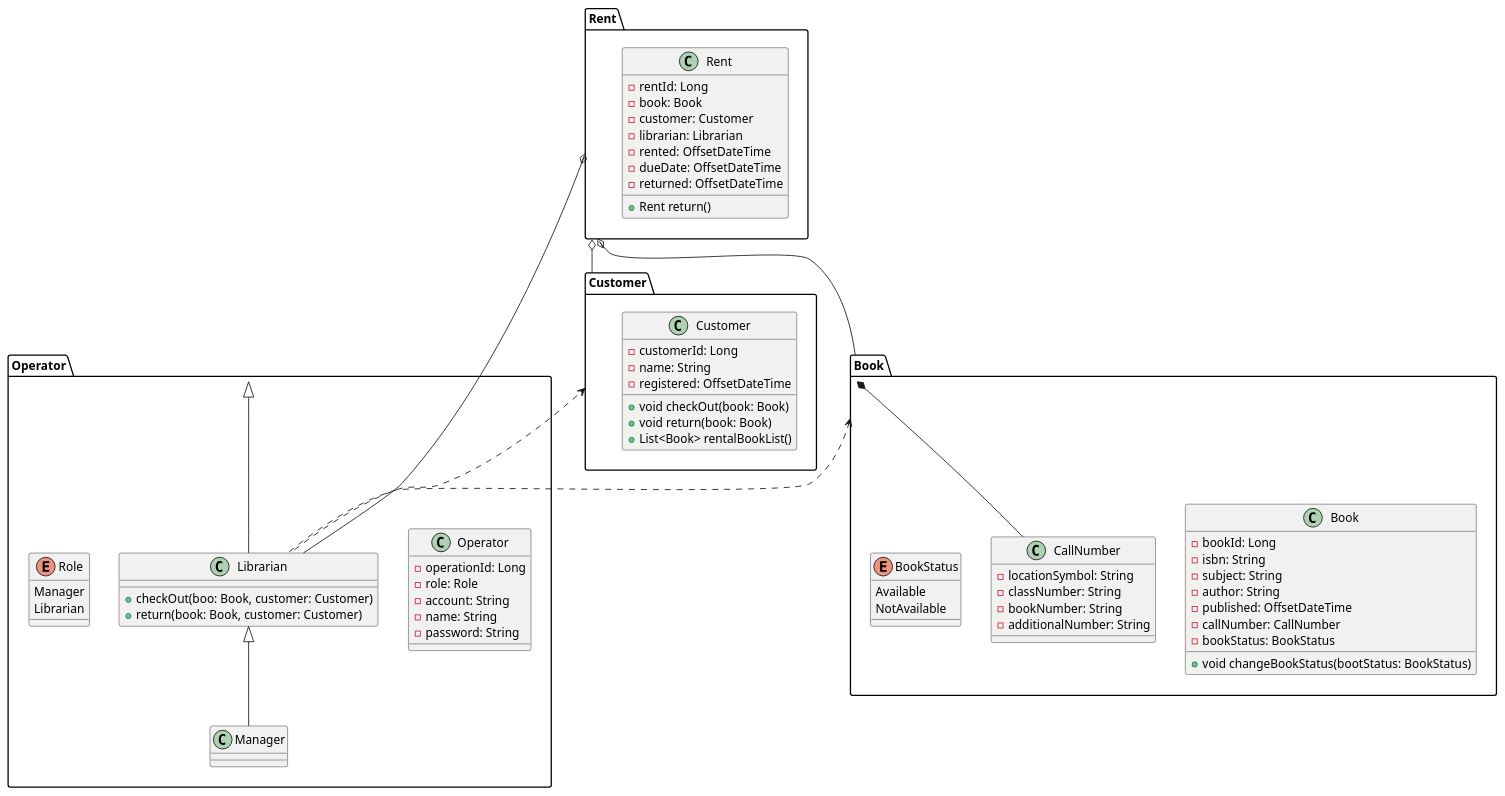
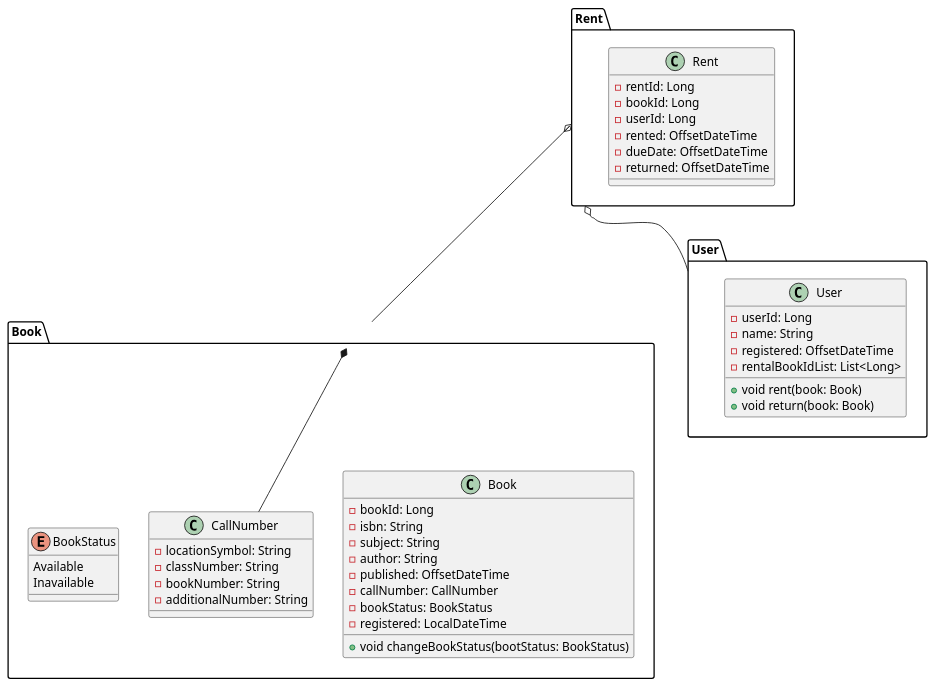
One commit to moss0801/library changed the diagram in docs/domain.adoc. Above: the diagram before and after it, drawn with PlantUML. The commit also changed 28 other files, not shown here.

```diff
--- a/docs/domain.adoc
+++ b/docs/domain.adoc
@@ -11,6 +11,7 @@
     -published: OffsetDateTime
     -callNumber: CallNumber
     -bookStatus: BookStatus
+    -registered: LocalDateTime
     +void changeBookStatus(bootStatus: BookStatus)
   }
 
@@ -22,7 +23,7 @@
     -locationSymbol: String
     '분류기호: 024.3 (자료분류에 근거하여 주제를 기호로 변환한 것)
     -classNumber: String
-    '도서기: 전82ㅈ (동일한 분번호를 가진 자료를 서로 식별하기 위한 것 (수입순기호법, 연대순기호법, 저자기호))
+    '도서기호: 전82ㅈ (동일한 분번호를 가진 자료를 서로 식별하기 위한 것 (수입순기호법, 연대순기호법, 저자기호))
     -bookNumber: String
     '부차적기호: -2=3 자료의 형태적 또는 내용적 속성 표현
     '  - 복본기호: 동일자료 식별 '=' or 'c.'
@@ -36,64 +37,34 @@
 
   enum BookStatus {
     Available
-    NotAvailable
+    Inavailable
   }
 }
 
-package "Operator" {
-  class Operator {
-    -operationId: Long
-    -role: Role
-    -account: String
-    -name: String
-    -password: String
-  }
-
-  class Librarian {
-    +checkOut(boo: Book, customer: Customer)
-    +return(book: Book, customer: Customer)
-  }
-
-  class Manager {
-
-  }
-
-  enum Role {
-    Manager
-    Librarian
-  }
-}
-
-package "Customer" {
-  class Customer {
-    -customerId: Long
+package "User" {
+  class User {
+    -userId: Long
     -name: String
     -registered: OffsetDateTime
-    +void checkOut(book: Book)
+    -rentalBookIdList: List<Long>
+    +void rent(book: Book)
     +void return(book: Book)
-    +List<Book> rentalBookList()
   }
 }
 
 package "Rent" {
  class Rent {
    -rentId: Long
-   -book: Book
-   -customer: Customer
-   -librarian: Librarian
+   -bookId: Long
+   -userId: Long
    -rented: OffsetDateTime
    -dueDate: OffsetDateTime
    -returned: OffsetDateTime
-   +Rent return()
  }
 }
 
 Book *-- CallNumber
-Operator <|-- Librarian
-Librarian <|-- Manager
-Rent o-- Customer
+Rent o-- User
 Rent o-- Book
-Rent o-- Librarian
-Book <.. Librarian
-Customer <.. Librarian
+
 ....
```
